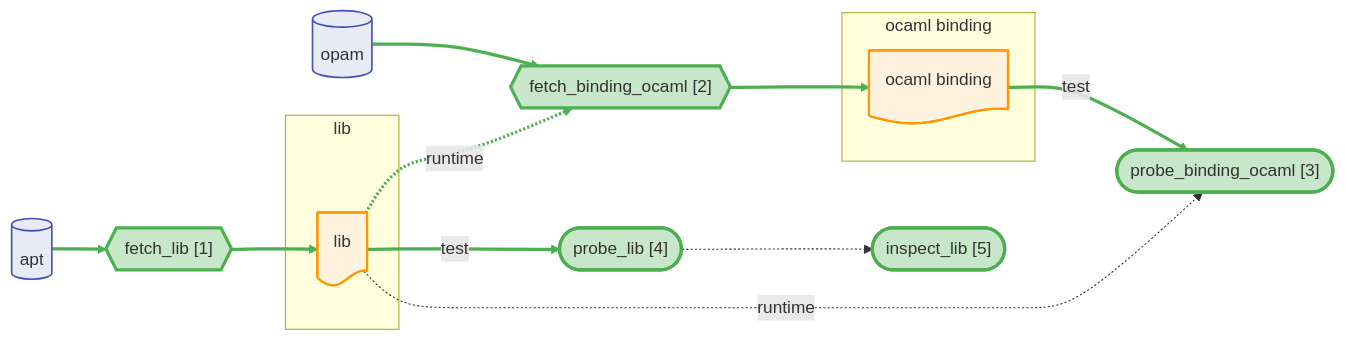
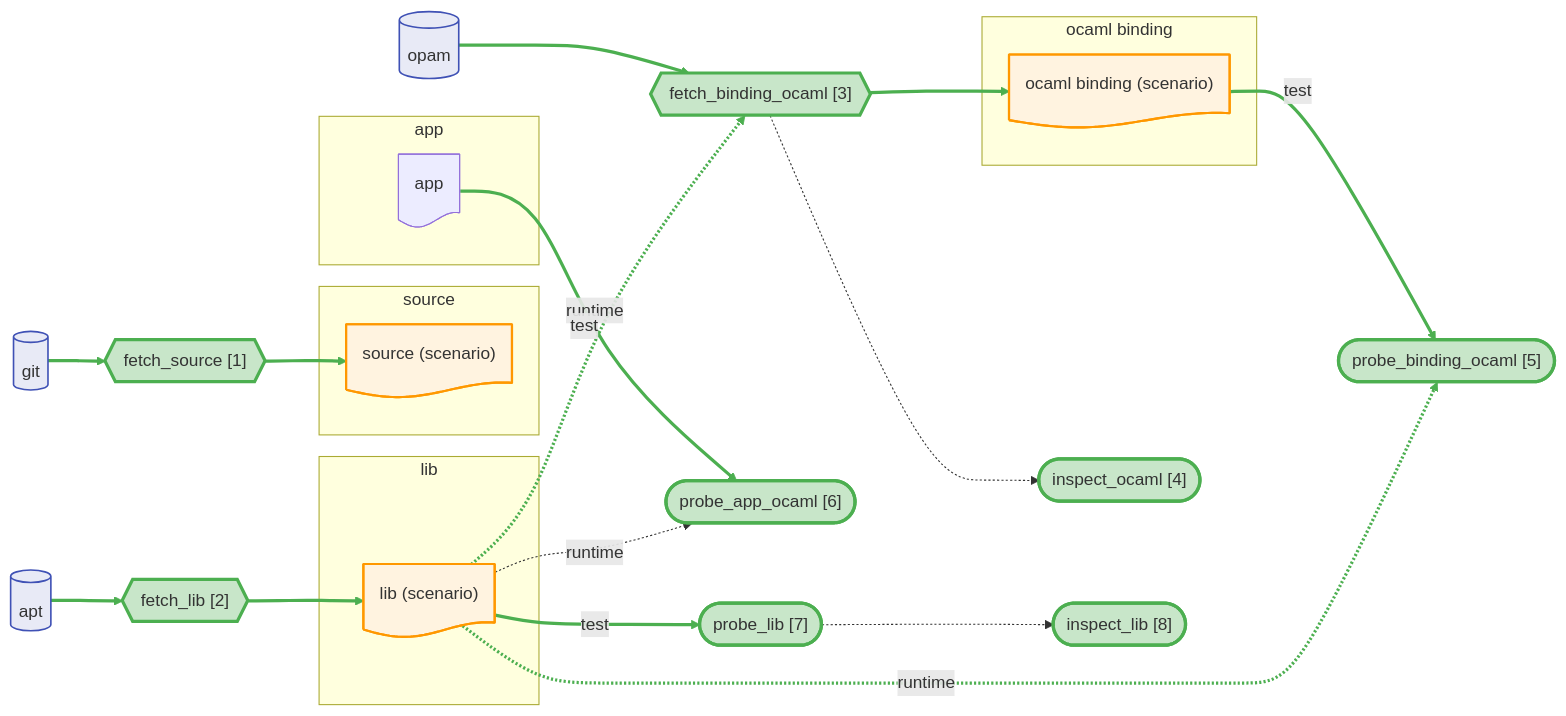
Before and after one commit to JHU-PL-Lab/tola: the diagram in docs/canary/projects/ssl/-run/diagrams/full.mmd, drawn with Mermaid. The commit also changed 941 other files, not shown here.

```diff
--- a/docs/canary/projects/ssl/-run/diagrams/full.mmd
+++ b/docs/canary/projects/ssl/-run/diagrams/full.mmd
@@ -1,49 +1,71 @@
 %% view: full
 graph LR
+    subgraph source_sg ["source"]
+      source_node@{ shape: doc, label: "source (scenario)" }
+    end
     subgraph lib_sg ["lib"]
-      lib_node@{ shape: doc, label: "lib" }
+      lib_node@{ shape: doc, label: "lib (scenario)" }
     end
     subgraph ocaml_binding_sg ["ocaml binding"]
-      ocaml_binding_node@{ shape: doc, label: "ocaml binding" }
+      ocaml_binding_node@{ shape: doc, label: "ocaml binding (scenario)" }
+    end
+    subgraph app_sg ["app"]
+      app_node@{ shape: doc, label: "app" }
     end
 
     apt_store@{ shape: cyl, label: "apt" }
+    git_store@{ shape: cyl, label: "git" }
     opam_store@{ shape: cyl, label: "opam" }
 
-    A_fetch_lib{{"fetch_lib [1]"}}
-    A_fetch_binding_ocaml{{"fetch_binding_ocaml [2]"}}
-    A_probe_binding_ocaml(["probe_binding_ocaml [3]"])
-    A_probe_lib(["probe_lib [4]"])
-    A_probe_lib_inspect(["inspect_lib [5]"])
+    A_fetch_source{{"fetch_source [1]"}}
+    A_fetch_lib{{"fetch_lib [2]"}}
+    A_fetch_binding_ocaml{{"fetch_binding_ocaml [3]"}}
+    A_fetch_binding_ocaml_inspect(["inspect_ocaml [4]"])
+    A_probe_binding_ocaml(["probe_binding_ocaml [5]"])
+    A_probe_app_ocaml(["probe_app_ocaml [6]"])
+    A_probe_lib(["probe_lib [7]"])
+    A_probe_lib_inspect(["inspect_lib [8]"])
 
+    git_store --> A_fetch_source --> source_node
     apt_store --> A_fetch_lib --> lib_node
     lib_node -->|test| A_probe_lib
     opam_store --> A_fetch_binding_ocaml --> ocaml_binding_node
     lib_node -.->|runtime| A_fetch_binding_ocaml
     ocaml_binding_node -->|test| A_probe_binding_ocaml
     lib_node -.->|runtime| A_probe_binding_ocaml
+    app_node -->|test| A_probe_app_ocaml
+    lib_node -.->|runtime| A_probe_app_ocaml
+    A_fetch_binding_ocaml -.-> A_fetch_binding_ocaml_inspect
     A_probe_lib -.-> A_probe_lib_inspect
 
     classDef artifact fill:#fff3e0,stroke:#ff9800,stroke-width:2px
     classDef store fill:#e8eaf6,stroke:#3f51b5,stroke-width:1.5px
     classDef st_done fill:#c8e6c9,stroke:#4caf50,stroke-width:3px
     classDef st_done_ctx fill:#e8f5e9,stroke:#a5d6a7,stroke-width:1.5px
     classDef st_expected_fail fill:#fff9c4,stroke:#f9a825,stroke-width:2px
     classDef st_failed fill:#ffcdd2,stroke:#c62828,stroke-width:2px
     classDef st_skipped fill:#f5f5f5,stroke:#9e9e9e,stroke-dasharray:5
     classDef st_nospec fill:#fafafa,stroke:#bdbdbd,stroke-dasharray:5
-    class lib_node,ocaml_binding_node artifact
+    class source_node,lib_node,ocaml_binding_node artifact
     class apt_store store
+    class git_store store
     class opam_store store
+    class A_fetch_source st_done
     class A_fetch_lib st_done
     class A_fetch_binding_ocaml st_done
+    class A_fetch_binding_ocaml_inspect st_done
     class A_probe_binding_ocaml st_done
+    class A_probe_app_ocaml st_done
     class A_probe_lib st_done
     class A_probe_lib_inspect st_done
     linkStyle 0 stroke:#4caf50,stroke-width:3px
     linkStyle 1 stroke:#4caf50,stroke-width:3px
     linkStyle 2 stroke:#4caf50,stroke-width:3px
     linkStyle 3 stroke:#4caf50,stroke-width:3px
     linkStyle 4 stroke:#4caf50,stroke-width:3px
     linkStyle 5 stroke:#4caf50,stroke-width:3px
     linkStyle 6 stroke:#4caf50,stroke-width:3px
+    linkStyle 7 stroke:#4caf50,stroke-width:3px
+    linkStyle 8 stroke:#4caf50,stroke-width:3px
+    linkStyle 9 stroke:#4caf50,stroke-width:3px
+    linkStyle 10 stroke:#4caf50,stroke-width:3px
```
